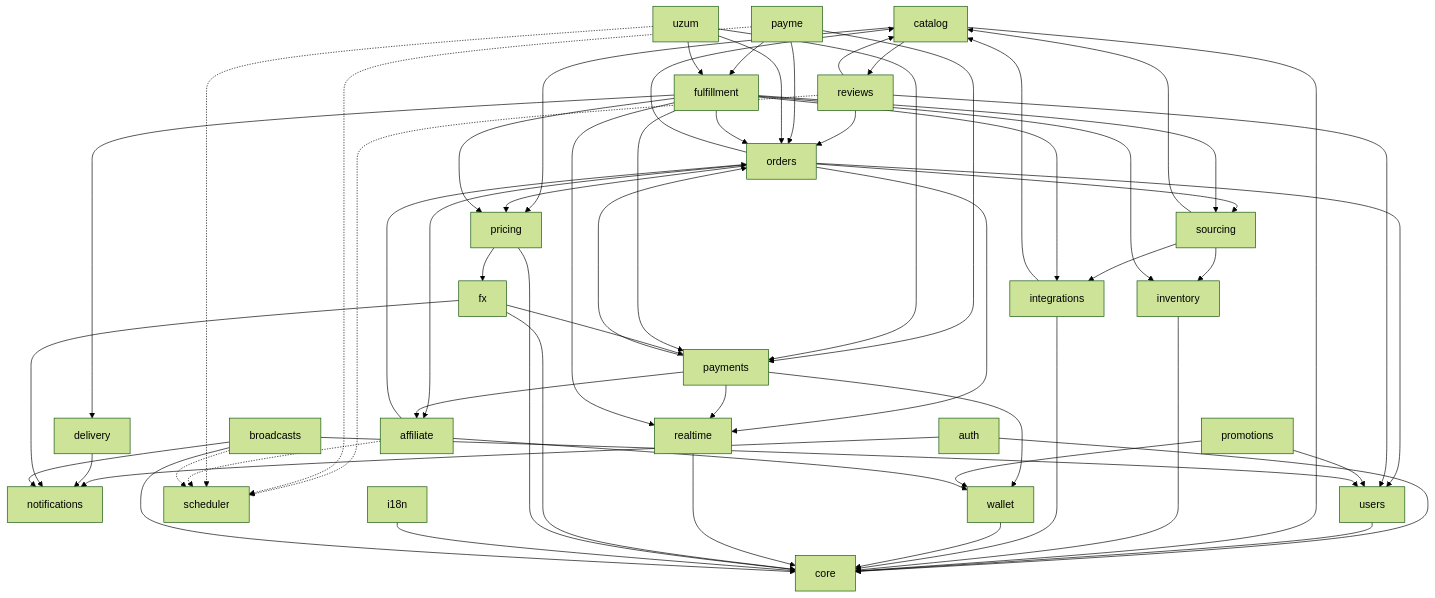
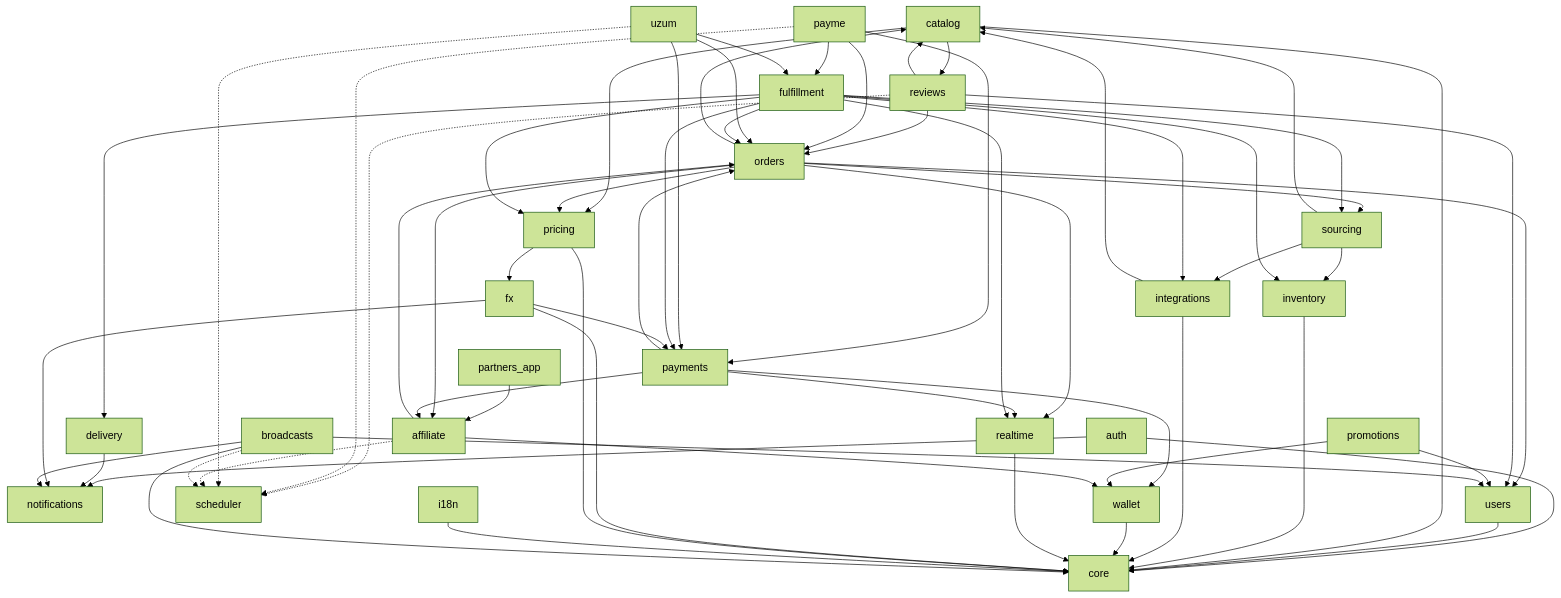
The diagram in docs/architecture/module-map.md (jamaomonov/yupay), drawn with Mermaid (forest theme) before and after one commit. The commit also changed other lines of this file, not shown here.

Commit message:
docs(affiliate): add the partner site to the module map
Seven routes at 116-126 kB First Load JS, against the 180 kB budget the
storefront works to. Whole workspace green: 710 TS tests, typecheck clean
across all four apps.

Claude-Session: https://claude.ai/code/session_0149WVtoHBWbESJhyFdhq5yE

````diff
--- a/docs/architecture/module-map.md
+++ b/docs/architecture/module-map.md
@@ -39,66 +40,67 @@
 ```mermaid
 flowchart TB
     auth --> core
     auth --> notifications
     users --> core
     catalog --> core
     inventory --> core
     integrations --> core
     integrations --> catalog
     sourcing --> catalog
     sourcing --> inventory
     sourcing --> integrations
     orders --> catalog
     orders --> users
     orders --> sourcing
     reviews --> catalog
     reviews --> orders
     reviews --> users
     catalog --> reviews
     reviews -.-> scheduler
     payments --> orders
     payments --> wallet
     payme --> payments
     payme --> orders
     payme --> fulfillment
     payme -.-> scheduler
     uzum --> payments
     uzum --> orders
     uzum --> fulfillment
     uzum -.-> scheduler
     click --> payments
     click --> orders
     click -.-> scheduler
     wallet --> core
     promotions --> wallet
     promotions --> users
     affiliate --> wallet
     affiliate --> orders
     affiliate -.-> scheduler
+    partners_app --> affiliate
     orders --> affiliate
     payments --> affiliate
     fulfillment --> orders
     fulfillment --> payments
     fulfillment --> sourcing
     fulfillment --> inventory
     fulfillment --> integrations
     fulfillment --> delivery
     delivery --> notifications
     orders --> realtime
     payments --> realtime
     fulfillment --> realtime
     realtime --> core
     fx --> core
     fx --> payments
     fx --> notifications
     pricing --> core
     pricing --> fx
     catalog --> pricing
     orders --> pricing
     fulfillment --> pricing
     i18n --> core
     broadcasts --> core
     broadcasts --> users
     broadcasts --> notifications
     broadcasts -.-> scheduler
 ```
````
